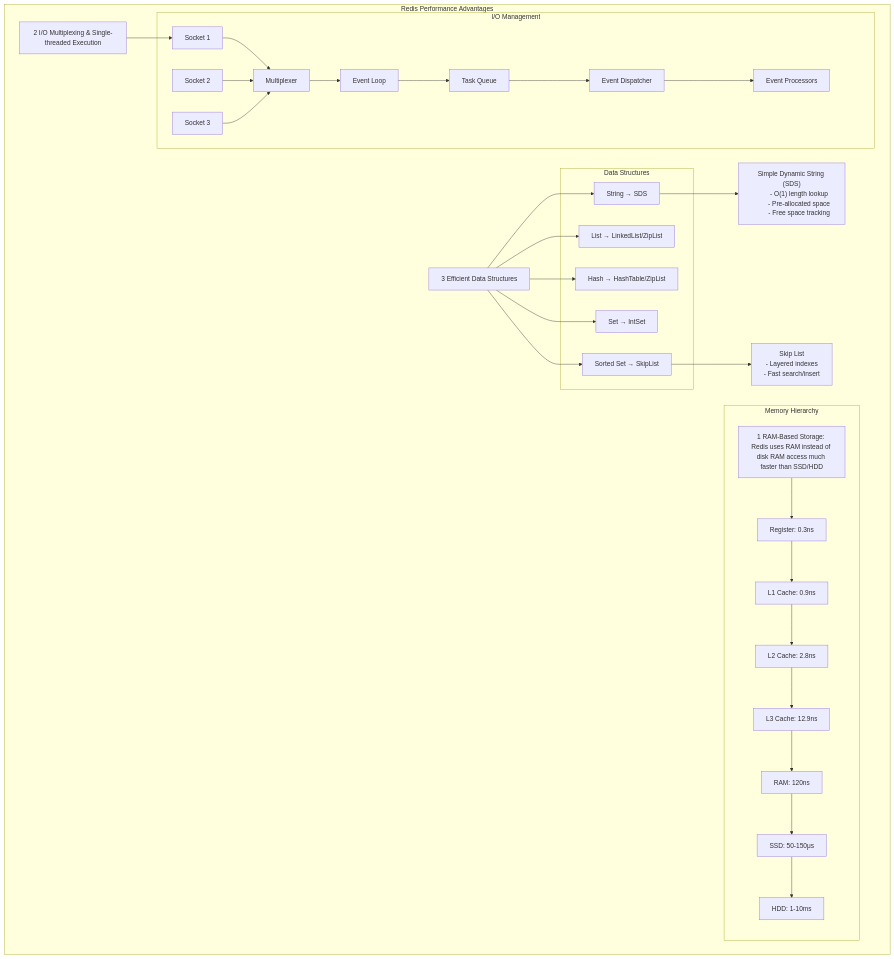
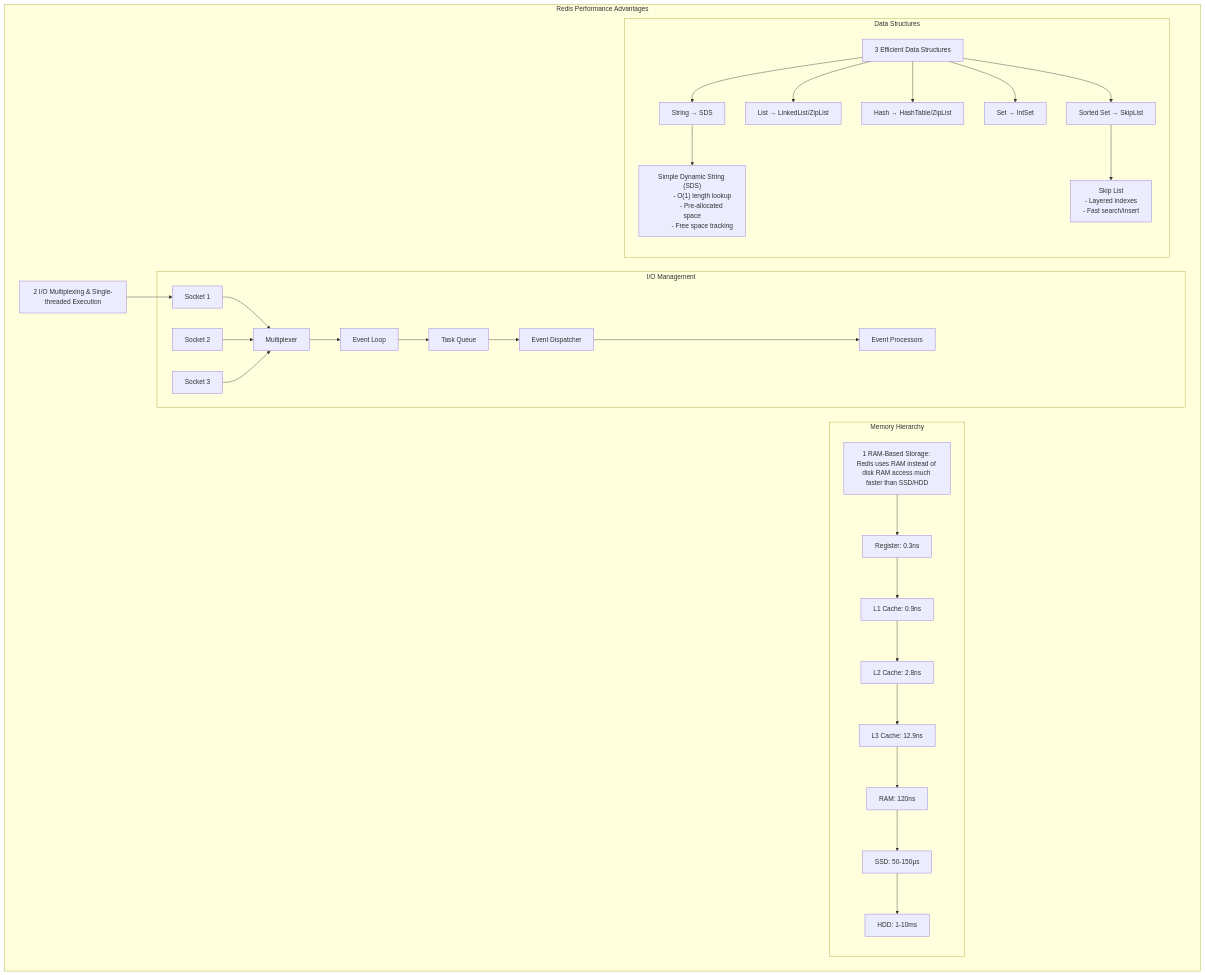
One commit to uwspstar/20-Day-Challenge-List changed the diagram in System Design/System Design Interview/为什么Redis如此快速.md. Above: the diagram before and after it, drawn with Mermaid.

````diff
--- a/System Design/System Design Interview/为什么Redis如此快速.md
+++ b/System Design/System Design Interview/为什么Redis如此快速.md
@@ -40,75 +40,78 @@
 ```mermaid
 flowchart TB
     subgraph "Redis Performance Advantages"
 
         RAM["1 RAM-Based Storage: Redis uses RAM instead of disk RAM access much faster than SSD/HDD"]
 
         subgraph "Memory Hierarchy"
             Register["Register: 0.3ns"]
             L1["L1 Cache: 0.9ns"]
             L2["L2 Cache: 2.8ns"]
             L3["L3 Cache: 12.9ns"]
             MainMem["RAM: 120ns"]
             SSD["SSD: 50-150μs"]
             HDD["HDD: 1-10ms"]
         
 
            RAM --> Register
            Register --> L1
            L1 --> L2
            L2 --> L3
            L3 --> MainMem
            MainMem --> SSD
            SSD --> HDD
          end
  
         IO["2 I/O Multiplexing & Single-threaded Execution"]
         
         subgraph "I/O Management"
             Socket1["Socket 1"]
             Socket2["Socket 2"]
             Socket3["Socket 3"]
             Mux["Multiplexer"]
             ELoop["Event Loop"]
             Queue["Task Queue"]
             Dispatch["Event Dispatcher"]
             Process["Event Processors"]
+        
+        
+           Socket1 & Socket2 & Socket3 --> Mux
+           Mux --> ELoop
+           ELoop --> Queue
+           Queue --> Dispatch
+           Dispatch --> Process
         end
-        
-        Socket1 & Socket2 & Socket3 --> Mux
-        Mux --> ELoop
-        ELoop --> Queue
-        Queue --> Dispatch
-        Dispatch --> Process
-        
+
         IO --> Socket1
 
         DS["3 Efficient Data Structures"]
         
         subgraph "Data Structures"
             String["String → SDS"]
             List["List → LinkedList/ZipList"]
             Hash["Hash → HashTable/ZipList"]
             Set["Set → IntSet"]
             ZSet["Sorted Set → SkipList"]
-        end
+        
 
-        SDS["Simple Dynamic String (SDS)
-        - O(1) length lookup
-        - Pre-allocated space
-        - Free space tracking"]
+           SDS["Simple Dynamic String (SDS)
+           - O(1) length lookup
+           - Pre-allocated space
+           - Free space tracking"]
+   
+           SkipList["Skip List
+           - Layered indexes
+           - Fast search/insert"]
+   
+           DS --> String
+           DS --> List
+           DS --> Hash
+           DS --> Set
+           DS --> ZSet
+           
+           String --> SDS
+           ZSet --> SkipList
+      end
 
-        SkipList["Skip List
-        - Layered indexes
-        - Fast search/insert"]
-
-        DS --> String
-        DS --> List
-        DS --> Hash
-        DS --> Set
-        DS --> ZSet
-        
-        String --> SDS
-        ZSet --> SkipList
     end
 ```
````
